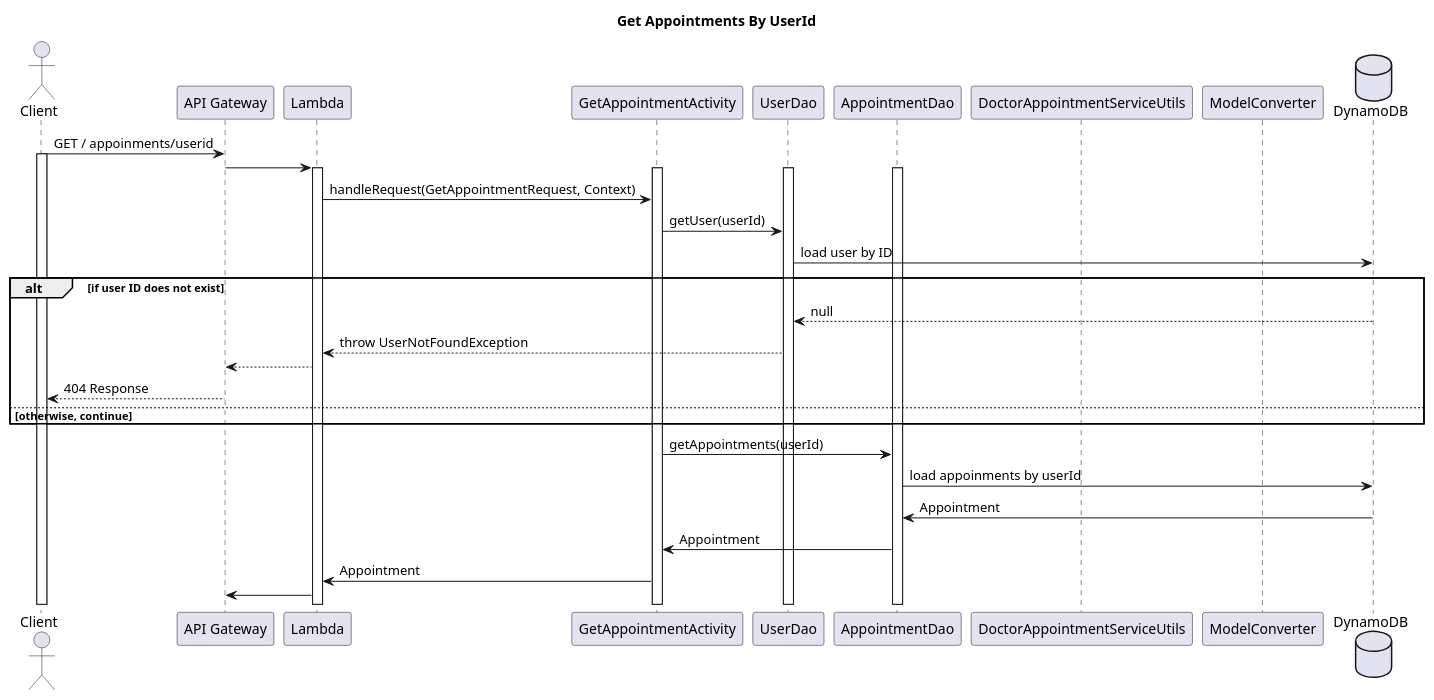
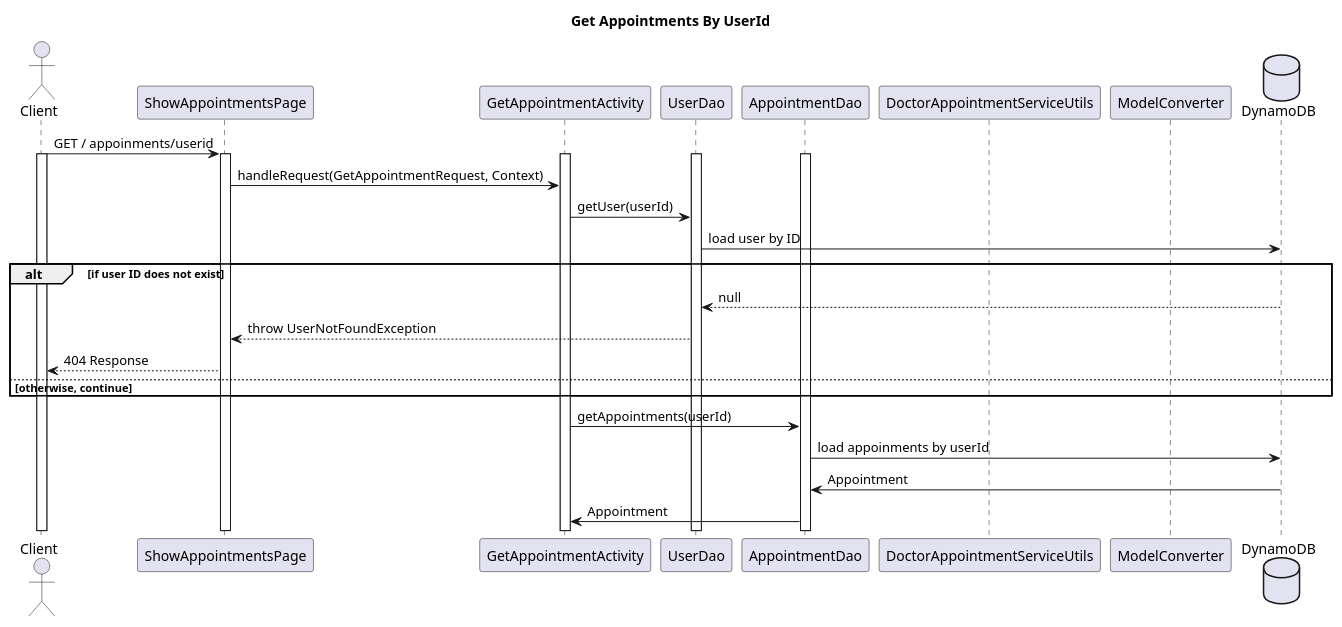
The diagram in project_documents/get-appointmentSD.puml (BloomTechBackend/bd-team-project-priyanka), drawn with PlantUML before and after one commit. The commit also changed 11 other files, not shown here.

```diff
--- a/project_documents/get-appointmentSD.puml
+++ b/project_documents/get-appointmentSD.puml
@@ -1,39 +1,35 @@
 @startuml
 title Get Appointments By UserId
 
 actor Client
-participant "API Gateway" as APIGateway
-participant Lambda
+participant ShowAppointmentsPage
 participant GetAppointmentActivity
 participant UserDao
 participant AppointmentDao
 participant DoctorAppointmentServiceUtils
 participant ModelConverter
 database DynamoDB
 
-Client -> APIGateway : GET / appoinments/userid
+Client -> ShowAppointmentsPage : GET / appoinments/userid
 activate Client
-APIGateway -> Lambda
-activate Lambda
+activate ShowAppointmentsPage
 activate GetAppointmentActivity
 activate AppointmentDao
 activate UserDao
-Lambda -> GetAppointmentActivity :  handleRequest(GetAppointmentRequest, Context)
+ShowAppointmentsPage -> GetAppointmentActivity :  handleRequest(GetAppointmentRequest, Context)
 GetAppointmentActivity -> UserDao : getUser(userId)
 UserDao -> DynamoDB : load user by ID
 alt if user ID does not exist
     UserDao <-- DynamoDB : null
-    Lambda <-- UserDao : throw UserNotFoundException
-    APIGateway <-- Lambda
-    Client <-- APIGateway : 404 Response
+    ShowAppointmentsPage <-- UserDao : throw UserNotFoundException
+    Client <-- ShowAppointmentsPage : 404 Response
 else otherwise, continue
 end
 GetAppointmentActivity -> AppointmentDao : getAppointments(userId)
 AppointmentDao -> DynamoDB : load appoinments by userId
 AppointmentDao <- DynamoDB : Appointment
 GetAppointmentActivity <- AppointmentDao : Appointment
-Lambda <- GetAppointmentActivity : Appointment
-APIGateway <- Lambda
+
 
 
 @enduml
```
